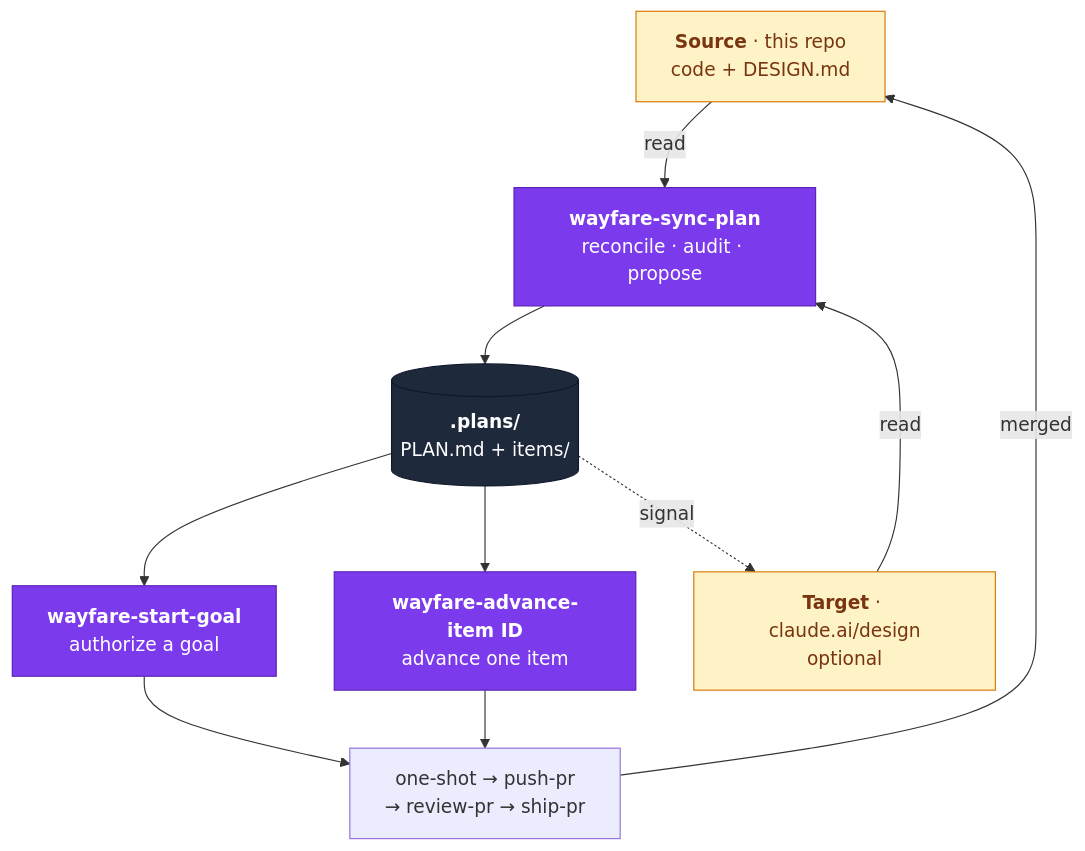
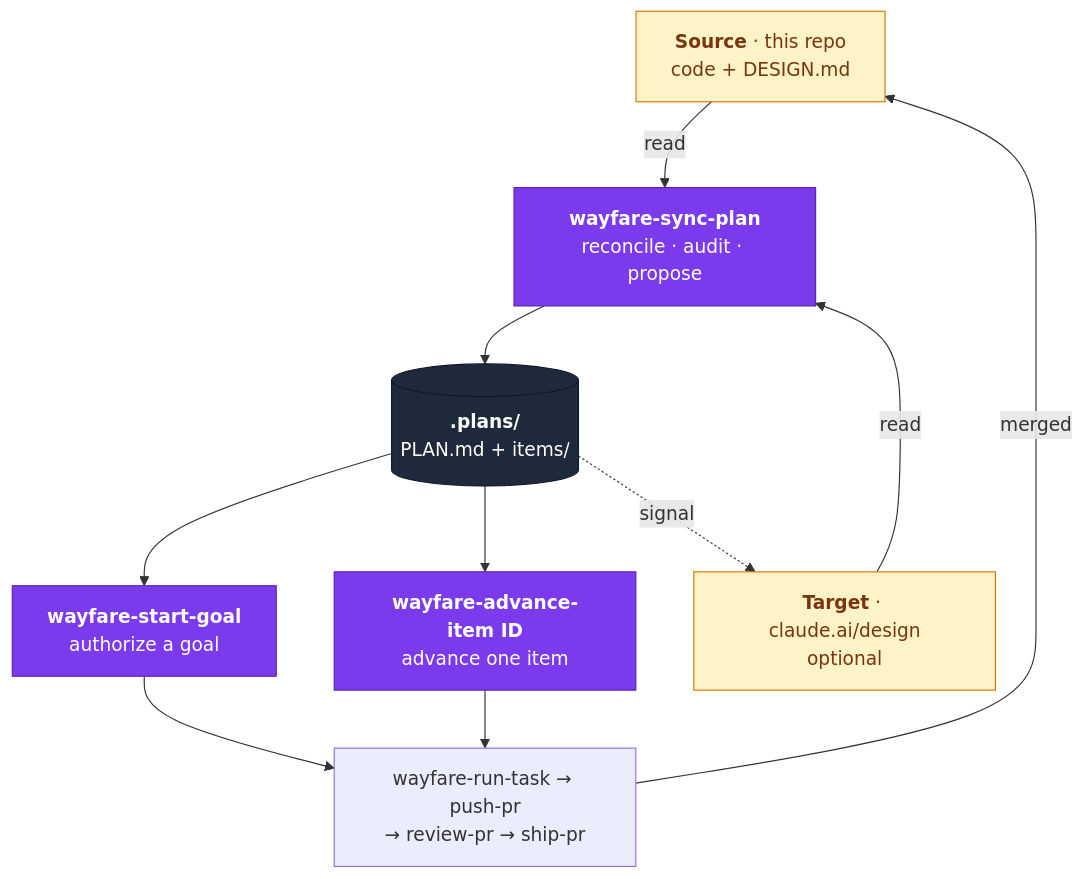
The first of 4 diagrams in README.md (ai-hero/hero-skills), drawn with Mermaid before and after one commit. The commit also changed other lines of this file and 47 other files, not shown here.

````diff
--- a/README.md
+++ b/README.md
@@ -45,27 +45,27 @@
 ```mermaid
 flowchart TB
   SRC["<b>Source</b> · this repo<br/>code + DESIGN.md"]
   TGT["<b>Target</b> · claude.ai/design<br/>optional"]
   PLAN["<b>wayfare-sync-plan</b><br/>reconcile · audit · propose"]
   STORE[("<b>.plans/</b><br/>PLAN.md + items/")]
   NEXT["<b>wayfare-start-goal</b><br/>authorize a goal"]
   DO["<b>wayfare-advance-item ID</b><br/>advance one item"]
-  BUILD["one-shot → push-pr<br/>→ review-pr → ship-pr"]
+  BUILD["wayfare-run-task → push-pr<br/>→ review-pr → ship-pr"]
 
   SRC -- read --> PLAN
   TGT -- read --> PLAN
   PLAN --> STORE
   STORE --> NEXT
   STORE --> DO
   NEXT --> BUILD
   DO --> BUILD
   BUILD -- merged --> SRC
   STORE -. signal .-> TGT
 
   classDef verb fill:#7C3AED,stroke:#5B21B6,color:#fff
   classDef store fill:#1E293B,stroke:#0F172A,color:#fff
   classDef end_ fill:#FEF3C7,stroke:#D97706,color:#78350F
   class PLAN,NEXT,DO verb
   class STORE store
   class SRC,TGT end_
 ```
````
